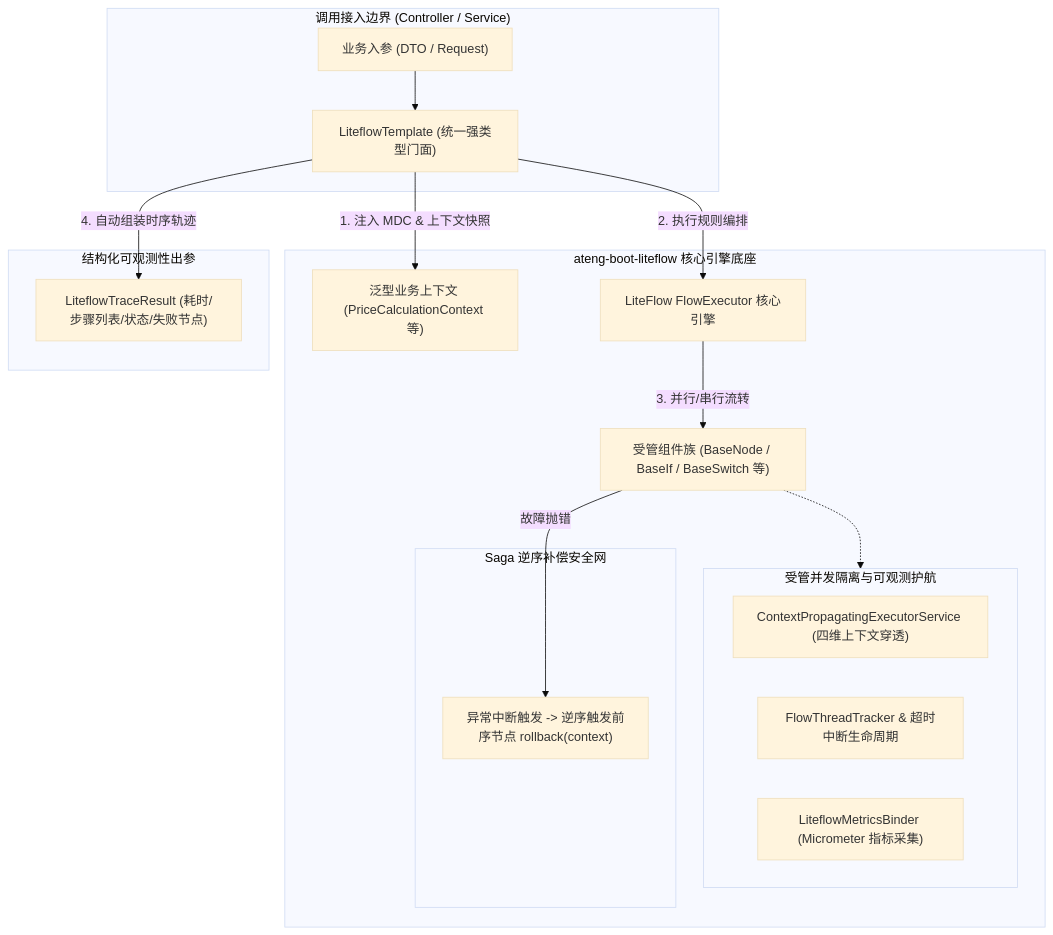
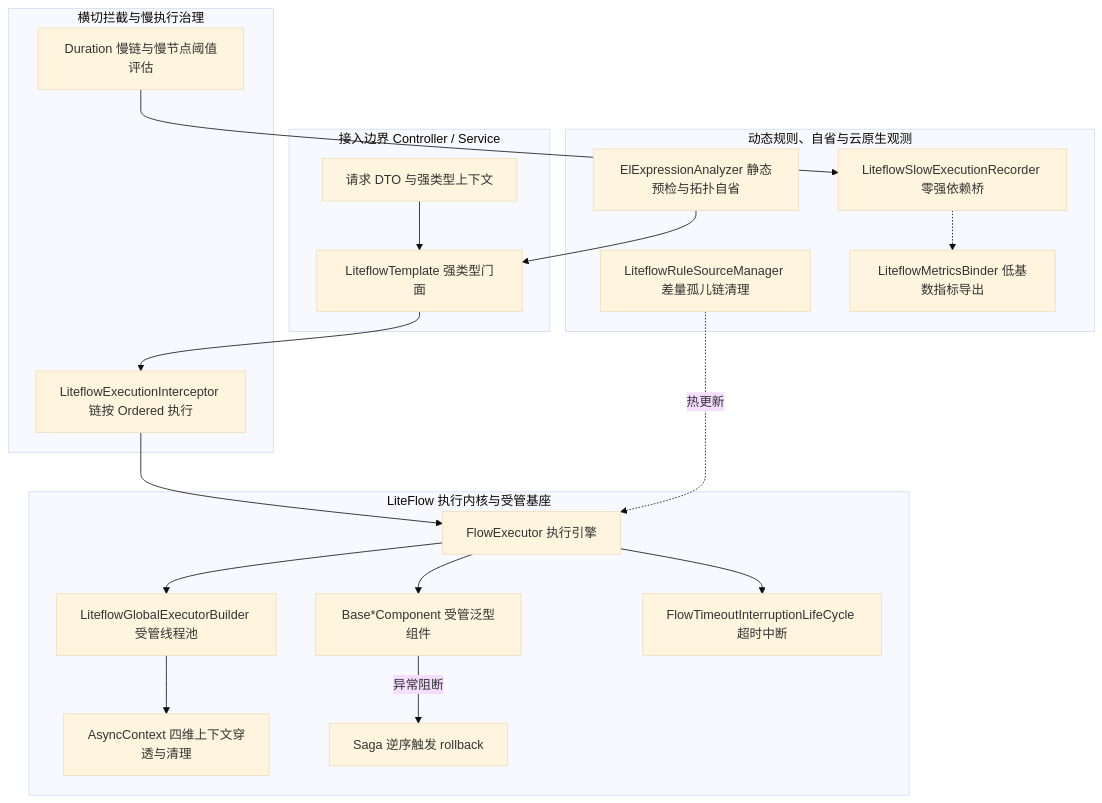
Before and after one commit to atengk/ateng-boot: the diagram in ateng-boot-liteflow/README.md, drawn with Mermaid (base theme). The commit also changed other lines of this file and 5 other files, not shown here.

````diff
--- a/ateng-boot-liteflow/README.md
+++ b/ateng-boot-liteflow/README.md
@@ -61,31 +127,28 @@
 ```mermaid
 flowchart TD
-    subgraph Client["调用接入边界 (Controller / Service)"]
-        Req["业务入参 (DTO / Request)"] --> Facade["LiteflowTemplate (统一强类型门面)"]
+    subgraph Client["接入边界 Controller / Service"]
+        Req["请求 DTO 与强类型上下文"] --> Facade["LiteflowTemplate 强类型门面"]
     end
 
-    subgraph Core["ateng-boot-liteflow 核心引擎底座"]
-        Facade -->|1. 注入 MDC & 上下文快照| Context["泛型业务上下文 (PriceCalculationContext 等)"]
-        Facade -->|2. 执行规则编排| Engine["LiteFlow FlowExecutor 核心引擎"]
-        
-        Engine -->|3. 并行/串行流转| Nodes["受管组件族 (BaseNode / BaseIf / BaseSwitch 等)"]
-        
-        subgraph Concurrency["受管并发隔离与可观测护航"]
-            Threads["ContextPropagatingExecutorService (四维上下文穿透)"]
-            Tracker["FlowThreadTracker & 超时中断生命周期"]
-            Metrics["LiteflowMetricsBinder (Micrometer 指标采集)"]
-        end
-        
-        Nodes -.-> Concurrency
-        
-        subgraph Saga["Saga 逆序补偿安全网"]
-            Compensate["异常中断触发 -> 逆序触发前序节点 rollback(context)"]
-        end
-        
-        Nodes -->|故障抛错| Compensate
+    subgraph Aspect["横切拦截与慢执行治理"]
+        Interceptors["LiteflowExecutionInterceptor 链按 Ordered 执行"]
+        SlowGov["Duration 慢链与慢节点阈值评估"]
     end
 
-    subgraph Trace["结构化可观测性出参"]
-        Facade -->|4. 自动组装时序轨迹| TraceRes["LiteflowTraceResult<T> (耗时/步骤列表/状态/失败节点)"]
+    subgraph Engine["LiteFlow 执行内核与受管基座"]
+        Facade --> Interceptors
+        Interceptors --> Executor["FlowExecutor 执行引擎"]
+        Executor --> Nodes["Base*Component 受管泛型组件"]
+        Executor --> Threads["LiteflowGlobalExecutorBuilder 受管线程池"]
+        Threads --> Context["AsyncContext 四维上下文穿透与清理"]
+        Executor --> Tracker["FlowTimeoutInterruptionLifeCycle 超时中断"]
+        Nodes -->|异常阻断| Saga["Saga 逆序触发 rollback"]
+    end
+
+    subgraph Governance["动态规则、自省与云原生观测"]
+        RuleMgr["LiteflowRuleSourceManager 差量孤儿链清理"] -.->|热更新| Executor
+        Preflight["ElExpressionAnalyzer 静态预检与拓扑自省"] --> Facade
+        SlowGov --> Recorder["LiteflowSlowExecutionRecorder 零强依赖桥"]
+        Recorder -.-> Metrics["LiteflowMetricsBinder 低基数指标导出"]
     end
 ```
````
